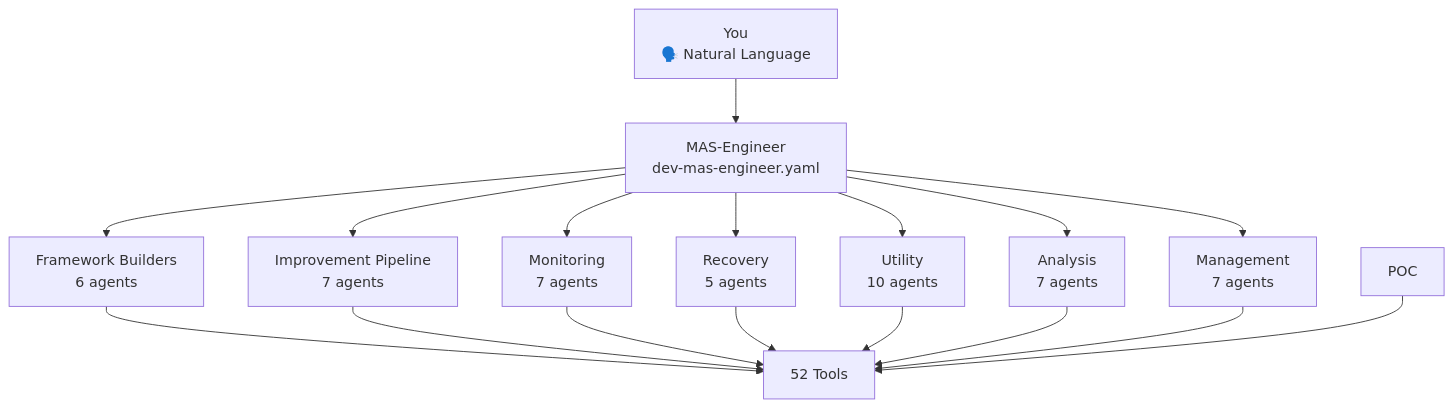
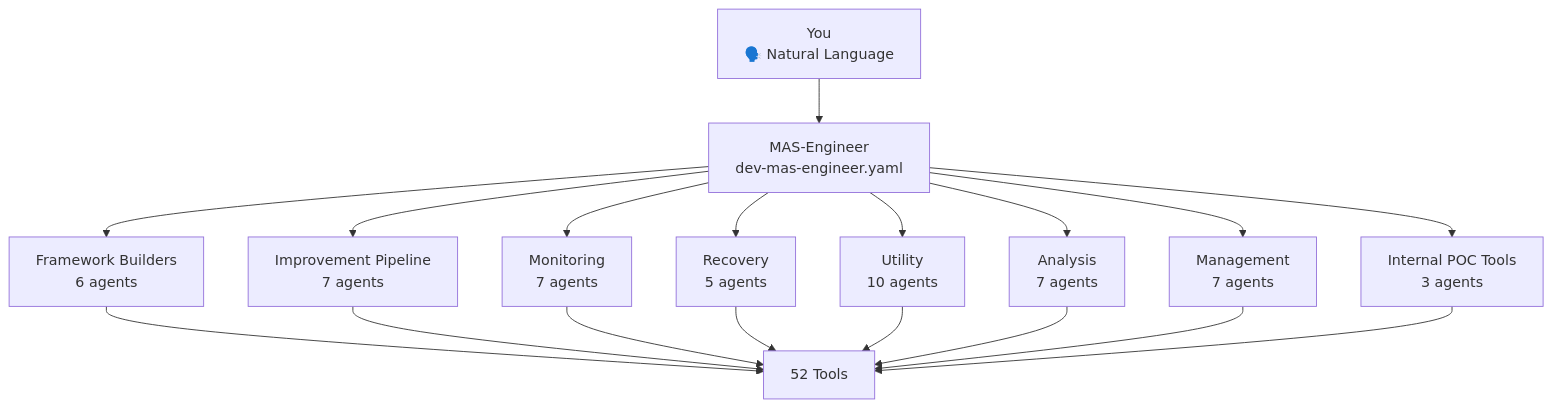
One commit to mczardybon/mas-engineer changed the first of 2 diagrams in docs/index.md. Above: the diagram before and after it, drawn with Mermaid. The commit also changed 24 other files, not shown here.

````diff
--- a/docs/index.md
+++ b/docs/index.md
@@ -50,12 +50,13 @@
 ```mermaid
 flowchart TD
     YOU["You\n🗣️ Natural Language"] --> ENGINEER["MAS-Engineer\ndev-mas-engineer.yaml"]
     ENGINEER --> FB["Framework Builders\n6 agents"]
     ENGINEER --> IP["Improvement Pipeline\n7 agents"]
     ENGINEER --> MON["Monitoring\n7 agents"]
     ENGINEER --> REC["Recovery\n5 agents"]
     ENGINEER --> UT["Utility\n10 agents"]
     ENGINEER --> AN["Analysis\n7 agents"]
     ENGINEER --> MG["Management\n7 agents"]
+    ENGINEER --> POC["Internal POC Tools\n3 agents"]
     FB & IP & MON & REC & UT & AN & MG & POC --> TOOLS["52 Tools"]
 ```
````
